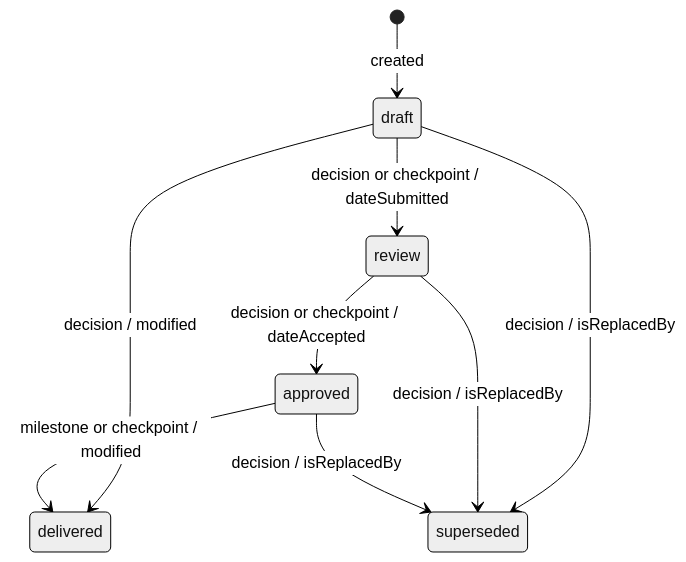
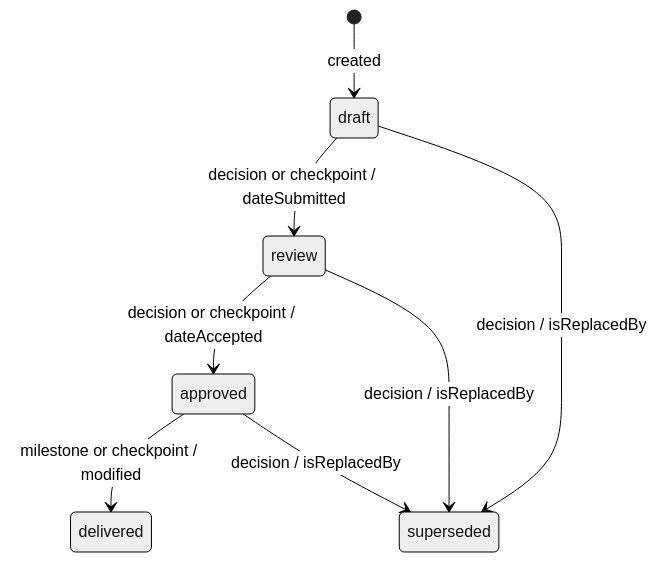
The third of 6 diagrams in lifecycle-policies/workflows.md (Jamie-Clayton/githerd-rules), drawn with Mermaid (neutral theme) before and after one commit. The commit also changed other lines of this file and 12 other files, not shown here.

````diff
--- a/lifecycle-policies/workflows.md
+++ b/lifecycle-policies/workflows.md
@@ -54,11 +71,10 @@
 ```mermaid
 stateDiagram-v2
   [*] --> draft : created
   draft --> review : decision or checkpoint / dateSubmitted
-  draft --> delivered : decision / modified
   review --> approved : decision or checkpoint / dateAccepted
   approved --> delivered : milestone or checkpoint / modified
   draft --> superseded : decision / isReplacedBy
   review --> superseded : decision / isReplacedBy
   approved --> superseded : decision / isReplacedBy
 ```
````
